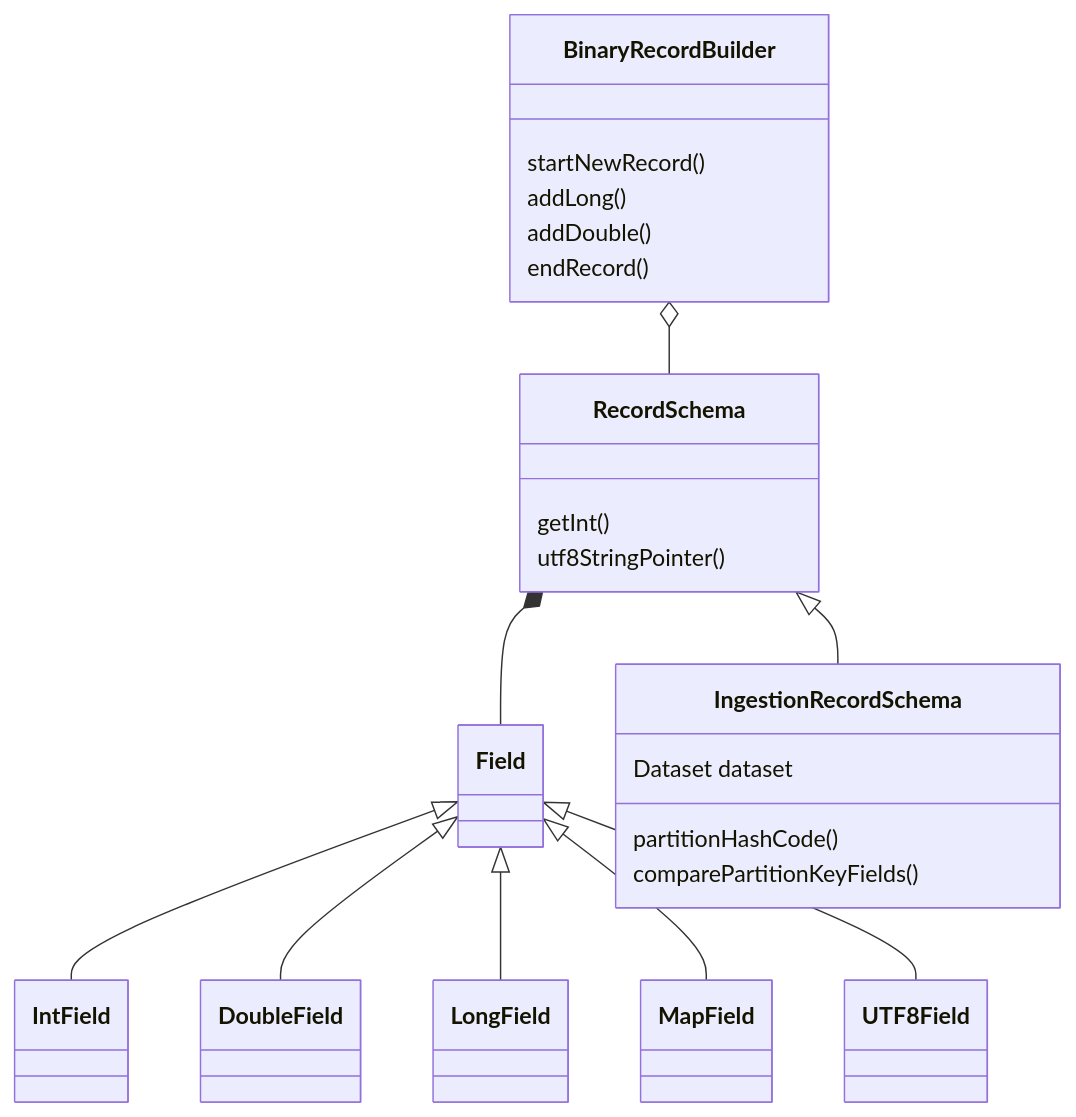
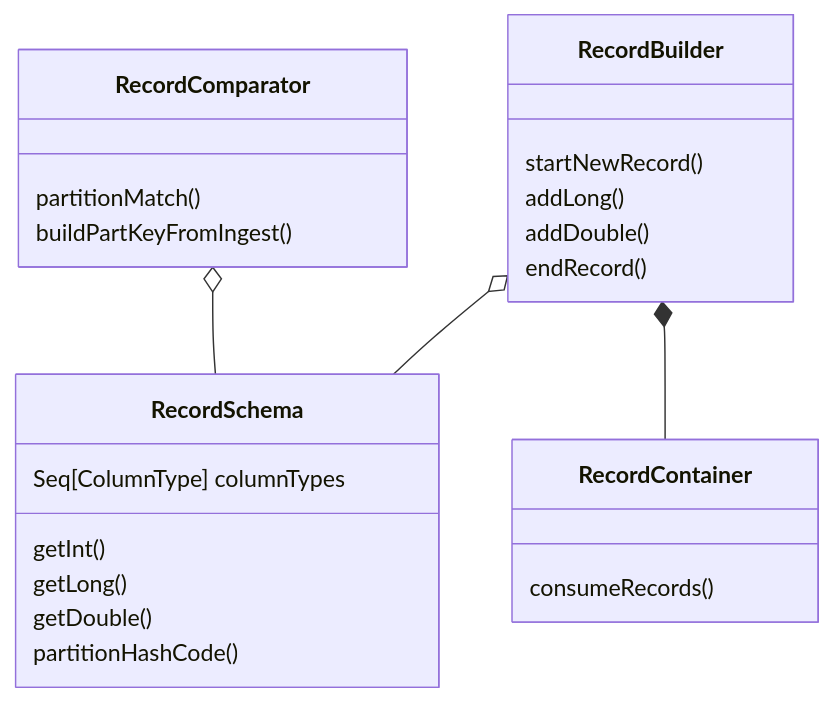
The diagram in doc/mermaid/br-classes.mermaid (filodb/FiloDB), drawn with Mermaid before and after one commit. The commit also changed 22 other files, not shown here.

First line of the commit message:
feat(memory,core): New BinaryRecord2 Implementation (#183)

```diff
--- a/doc/mermaid/br-classes.mermaid
+++ b/doc/mermaid/br-classes.mermaid
@@ -1,18 +1,16 @@
 classDiagram
-RecordSchema *-- Field
+RecordBuilder o-- RecordSchema
+RecordBuilder *-- RecordContainer
+RecordBuilder : startNewRecord()
+RecordBuilder : addLong()
+RecordBuilder : addDouble()
+RecordBuilder : endRecord()
+RecordComparator o-- RecordSchema
+RecordComparator : partitionMatch()
+RecordComparator : buildPartKeyFromIngest()
+RecordContainer : consumeRecords()
+RecordSchema : Seq[ColumnType] columnTypes
 RecordSchema : getInt()
-RecordSchema : utf8StringPointer()
-RecordSchema <|-- IngestionRecordSchema
-IngestionRecordSchema : Dataset dataset
-IngestionRecordSchema : partitionHashCode()
-IngestionRecordSchema : comparePartitionKeyFields()
-Field <|-- IntField
-Field <|-- DoubleField
-Field <|-- LongField
-Field <|-- MapField
-Field <|-- UTF8Field
-BinaryRecordBuilder o-- RecordSchema
-BinaryRecordBuilder : startNewRecord()
-BinaryRecordBuilder : addLong()
-BinaryRecordBuilder : addDouble()
-BinaryRecordBuilder : endRecord()
+RecordSchema : getLong()
+RecordSchema : getDouble()
+RecordSchema : partitionHashCode()
```
